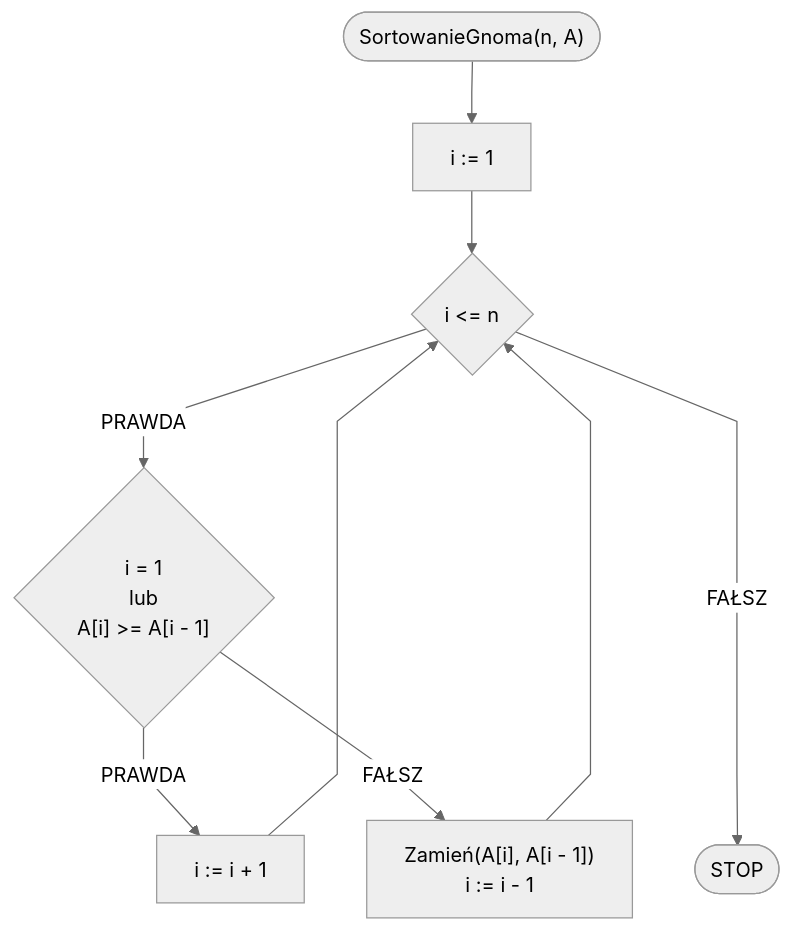
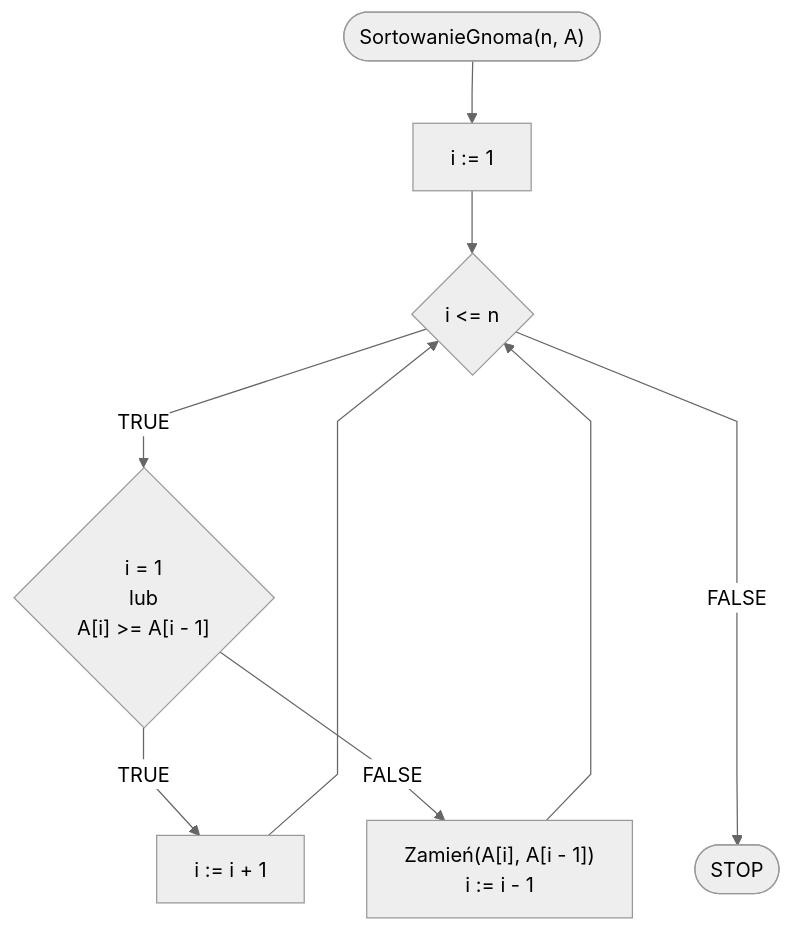
The diagram in docs/algorithms/sorting/gnome-sort.md (blackbat13/edu-cs-htiew-en), drawn with Mermaid before and after one commit. The commit also changed other lines of this file and 682 other files, not shown here.

````diff
--- a/docs/algorithms/sorting/gnome-sort.md
+++ b/docs/algorithms/sorting/gnome-sort.md
@@ -41,15 +41,15 @@
 ```mermaid
 %%{init: {"flowchart": {"curve": "linear"}, "theme": "neutral"} }%%
 flowchart TD
     START(["SortowanieGnoma(n, A)"]) --> K1[i := 1]
     K1 --> K2{i <= n}
-    K2 -- PRAWDA --> K3{"i = 1
+    K2 -- TRUE --> K3{"i = 1
     lub
     A[i] >= A[i - 1]"}
-    K3 -- PRAWDA --> K4[i := i + 1]
+    K3 -- TRUE --> K4[i := i + 1]
     K4 --> K2
-    K3 -- FAŁSZ --> K6["Zamień(A[i], A[i - 1])
+    K3 -- FALSE --> K6["Zamień(A[i], A[i - 1])
     i := i - 1"]
     K6 --> K2
-    K2 -- FAŁSZ ---> STOP([STOP])
+    K2 -- FALSE ---> STOP([STOP])
 ```
````
